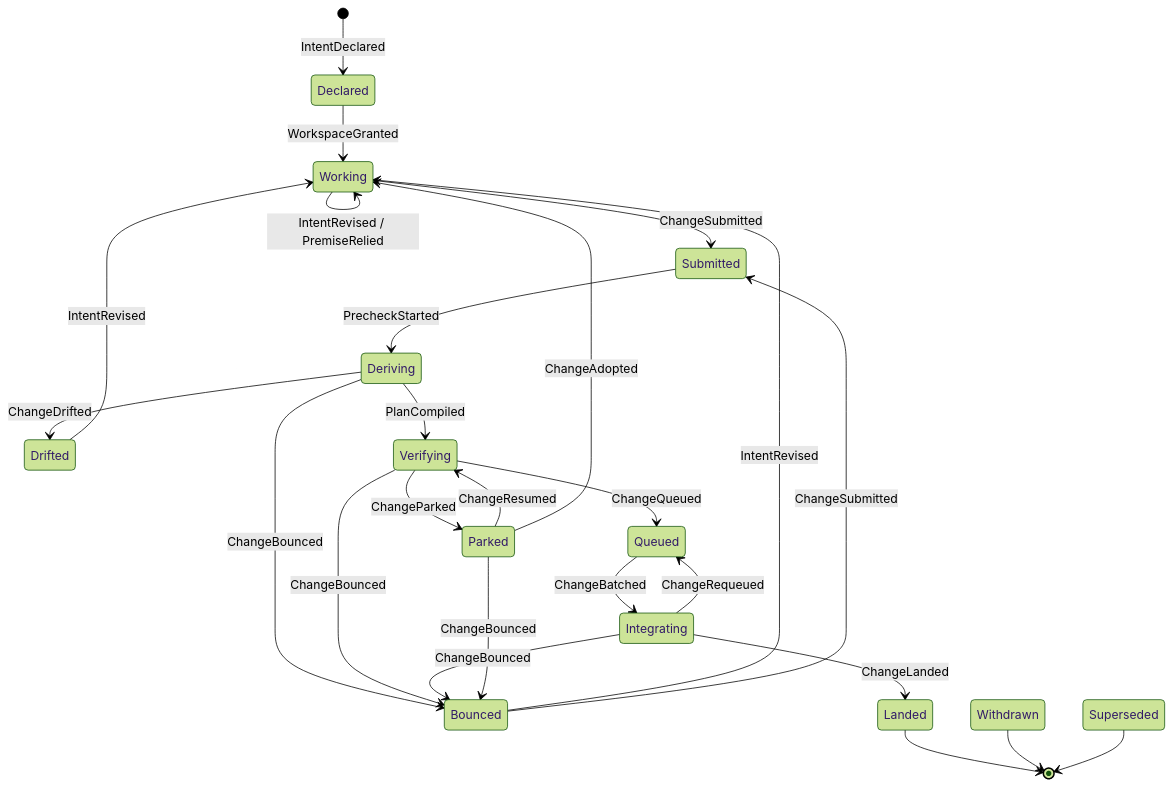
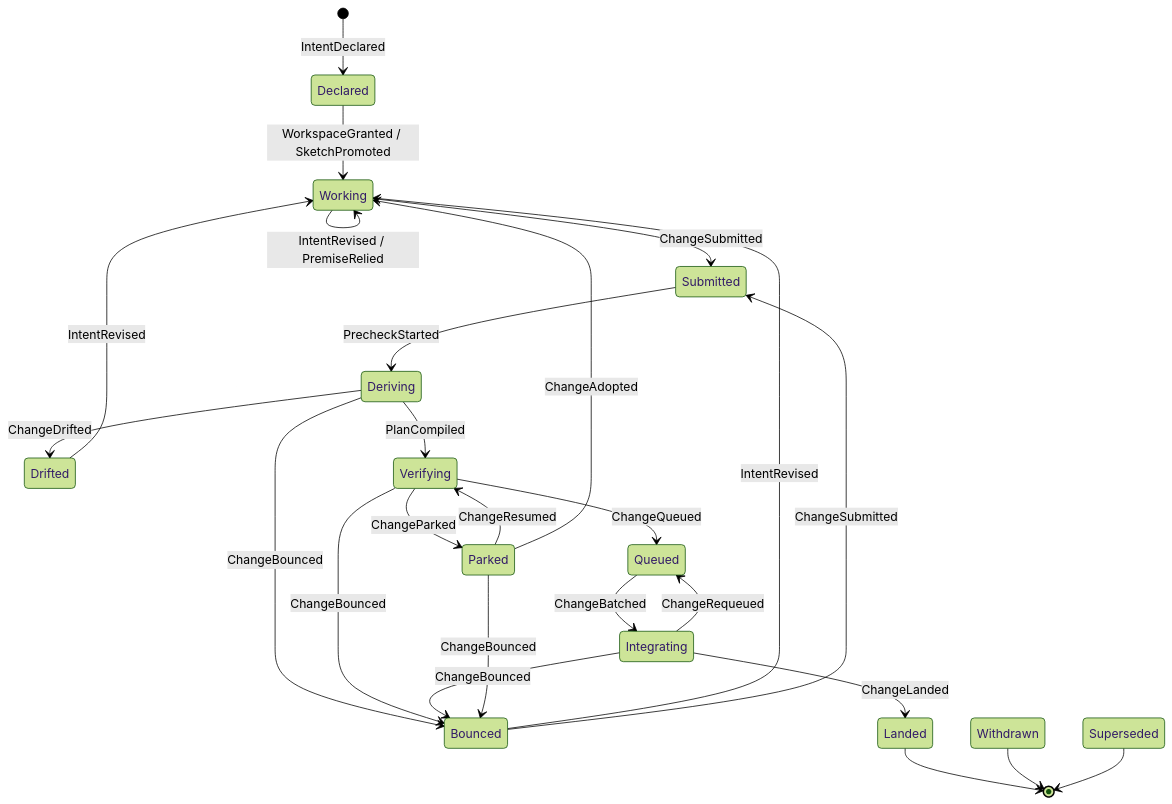
One commit to bimsonz/keel changed the first of 12 diagrams in docs/domain/state-machines.md. Above: the diagram before and after it, drawn with Mermaid (forest theme). The commit also changed other lines of this file and 3 other files, not shown here.

````diff
--- a/docs/domain/state-machines.md
+++ b/docs/domain/state-machines.md
@@ -15,27 +41,27 @@
 ```mermaid
 stateDiagram-v2
   [*] --> Declared: IntentDeclared
-  Declared --> Working: WorkspaceGranted
+  Declared --> Working: WorkspaceGranted / SketchPromoted
   Working --> Working: IntentRevised / PremiseRelied
   Working --> Submitted: ChangeSubmitted
   Submitted --> Deriving: PrecheckStarted
   Deriving --> Drifted: ChangeDrifted
   Deriving --> Bounced: ChangeBounced
   Deriving --> Verifying: PlanCompiled
   Drifted --> Working: IntentRevised
   Verifying --> Queued: ChangeQueued
   Verifying --> Bounced: ChangeBounced
   Verifying --> Parked: ChangeParked
   Queued --> Integrating: ChangeBatched
   Integrating --> Queued: ChangeRequeued
   Integrating --> Bounced: ChangeBounced
   Integrating --> Landed: ChangeLanded
   Bounced --> Working: IntentRevised
   Bounced --> Submitted: ChangeSubmitted
   Parked --> Verifying: ChangeResumed
   Parked --> Bounced: ChangeBounced
   Parked --> Working: ChangeAdopted
   Landed --> [*]
   Withdrawn --> [*]
   Superseded --> [*]
 ```
````
